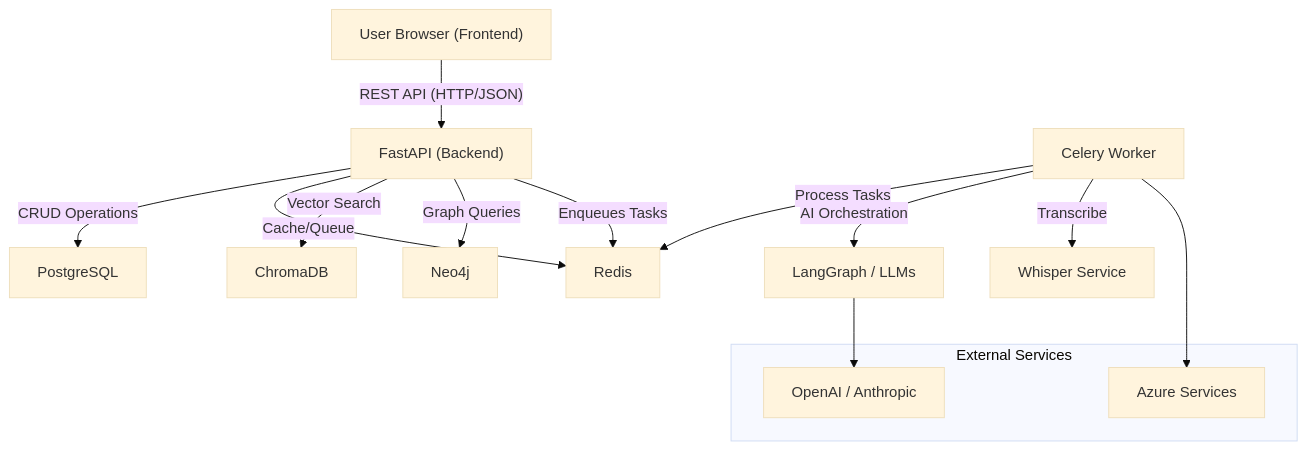
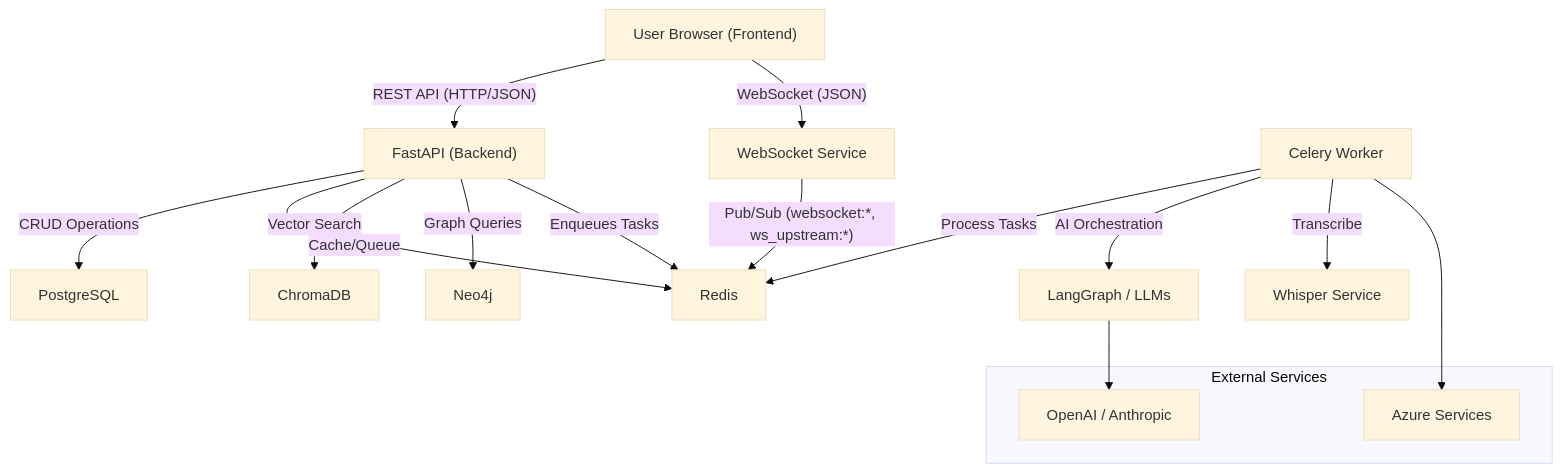
One commit to RitechSolutions/genassist changed the first of 2 diagrams in docs/architecture_diagrams.md. Above: the diagram before and after it, drawn with Mermaid (base theme). The commit also changed other lines of this file and 2 other files, not shown here.

Commit message:
docs: enhance architecture and tech stack documentation for WebSocket service

````diff
--- a/docs/architecture_diagrams.md
+++ b/docs/architecture_diagrams.md
@@ -11,22 +11,26 @@
 ```mermaid
 graph TD
     Client["User Browser (Frontend)"] -- "REST API (HTTP/JSON)" --> API["FastAPI (Backend)"]
+    Client -- "WebSocket (JSON)" --> WS["WebSocket Service"]
+
     API -- "CRUD Operations" --> DB["PostgreSQL"]
     API -- "Cache/Queue" --> Redis["Redis"]
     API -- "Vector Search" --> Chroma["ChromaDB"]
     API -- "Graph Queries" --> Neo4j["Neo4j"]
-    
+
+    WS -- "Pub/Sub (websocket:*, ws_upstream:*)" --> Redis
+
     CeleryWorker["Celery Worker"] -- "Process Tasks" --> Redis
     CeleryWorker -- "AI Orchestration" --> LangGraph["LangGraph / LLMs"]
     CeleryWorker -- "Transcribe" --> Whisper["Whisper Service"]
-    
+
     API -- "Enqueues Tasks" --> Redis
-    
+
     subgraph "External Services"
         OpenAI["OpenAI / Anthropic"]
         Azure["Azure Services"]
     end
-    
+
     LangGraph --> OpenAI
     CeleryWorker --> Azure
 ```
````
